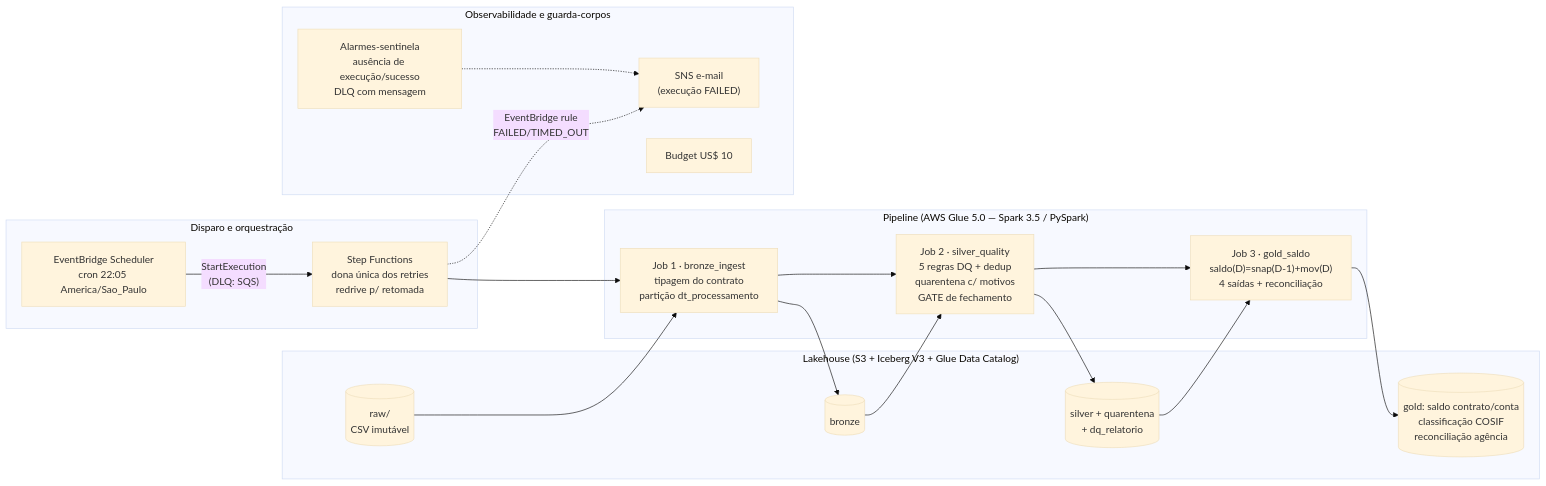
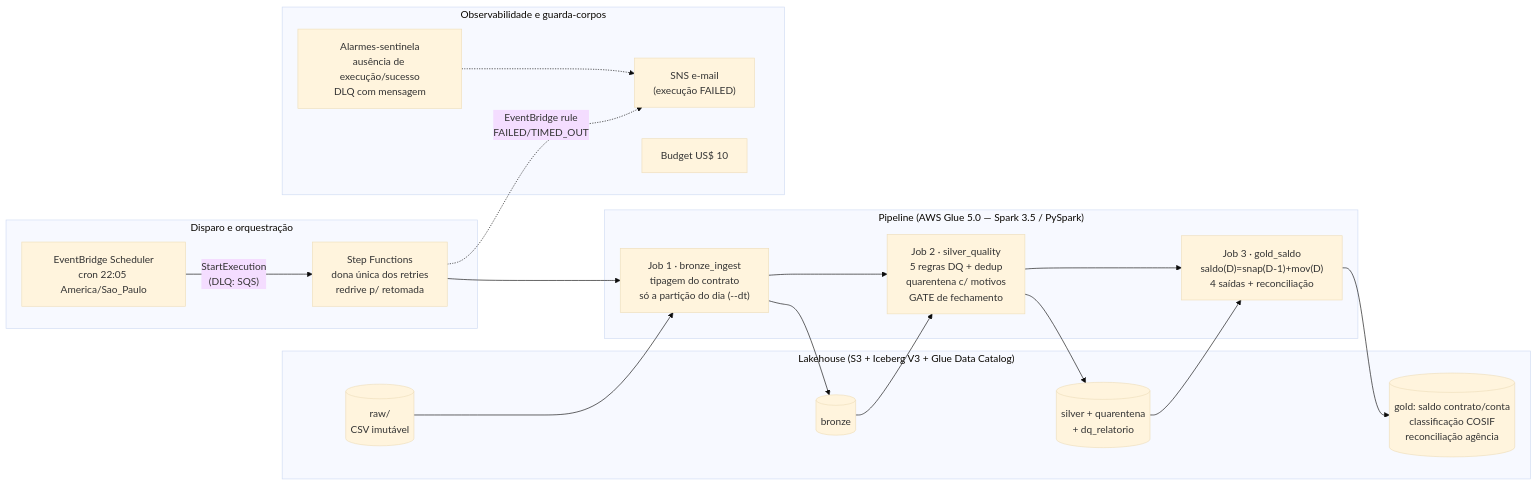
Before and after one commit to carlosr-data2/pipeline-saldo-por-contrato: the diagram in docs/arquitetura.md, drawn with Mermaid (base theme). The commit also changed other lines of this file and 18 other files, not shown here.

Commit message:
feat: labs AWS: Bronze por partição do dia (ADR-014), dataset sintético e medição de vazão

````diff
--- a/docs/arquitetura.md
+++ b/docs/arquitetura.md
@@ -27,33 +27,33 @@
 ```mermaid
 flowchart LR
     subgraph disparo["Disparo e orquestração"]
         EB["EventBridge Scheduler<br/>cron 22:05 America/Sao_Paulo"] -->|"StartExecution<br/>(DLQ: SQS)"| SFN["Step Functions<br/>dona única dos retries<br/>redrive p/ retomada"]
     end
 
     subgraph pipeline["Pipeline (AWS Glue 5.0 — Spark 3.5 / PySpark)"]
-        J1["Job 1 · bronze_ingest<br/>tipagem do contrato<br/>partição dt_processamento"]
+        J1["Job 1 · bronze_ingest<br/>tipagem do contrato<br/>só a partição do dia (--dt)"]
         J2["Job 2 · silver_quality<br/>5 regras DQ + dedup<br/>quarentena c/ motivos<br/>GATE de fechamento"]
         J3["Job 3 · gold_saldo<br/>saldo(D)=snap(D-1)+mov(D)<br/>4 saídas + reconciliação"]
         J1 --> J2 --> J3
     end
 
     SFN --> J1
 
     subgraph dados["Lakehouse (S3 + Iceberg V3 + Glue Data Catalog)"]
         RAW[("raw/<br/>CSV imutável")]
         BR[("bronze")]
         SV[("silver + quarentena<br/>+ dq_relatorio")]
         GD[("gold: saldo contrato/conta<br/>classificação COSIF<br/>reconciliação agência")]
     end
 
     RAW --> J1 --> BR --> J2 --> SV --> J3 --> GD
 
     subgraph obs["Observabilidade e guarda-corpos"]
         SNS["SNS e-mail<br/>(execução FAILED)"]
         AL["Alarmes-sentinela<br/>ausência de execução/sucesso<br/>DLQ com mensagem"]
         BG["Budget US$ 10"]
     end
 
     SFN -.->|"EventBridge rule<br/>FAILED/TIMED_OUT"| SNS
     AL -.-> SNS
 ```
````
